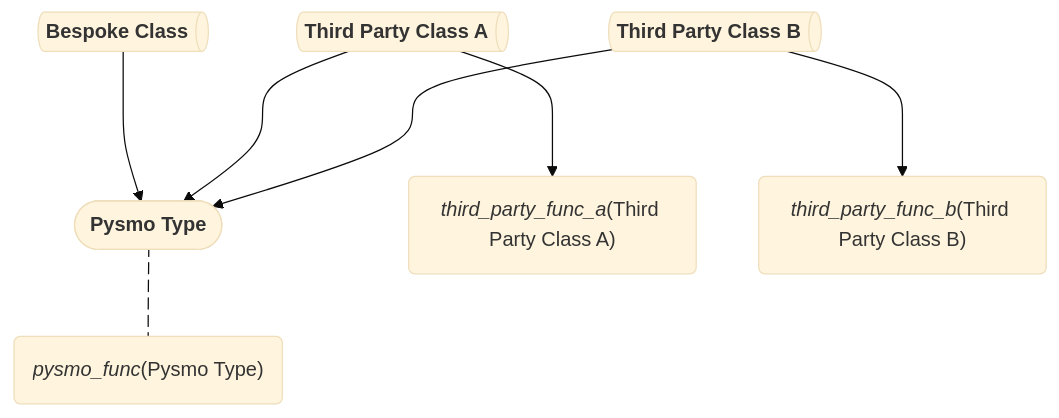
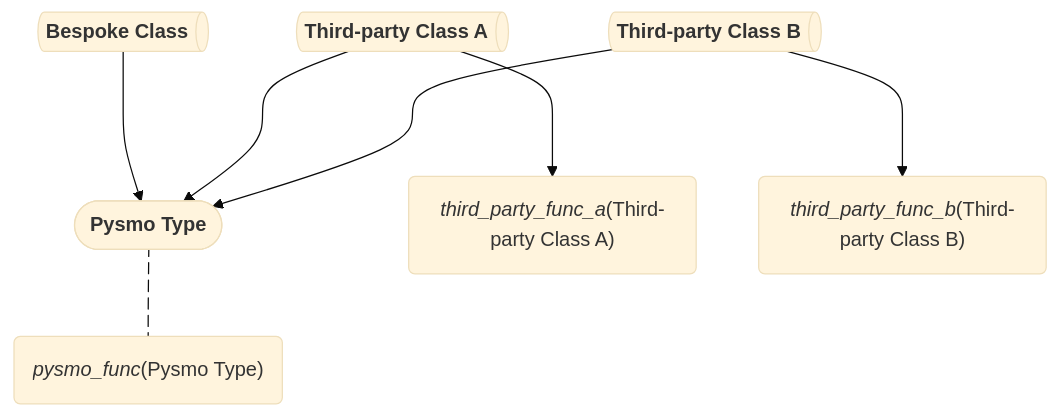
Before and after one commit to pysmo/pysmo: the diagram in docs/first-steps/faqs.md, drawn with Mermaid (base theme). The commit also changed other lines of this file and 33 other files, not shown here.

````diff
--- a/docs/first-steps/faqs.md
+++ b/docs/first-steps/faqs.md
@@ -36,14 +36,14 @@
 ```mermaid
 flowchart TD
     C1@{ shape: das, label: "**Bespoke Class**" }
-    C2@{ shape: das, label: "**Third Party Class A**" }
-    C3@{ shape: das, label: "**Third Party Class B**" }
+    C2@{ shape: das, label: "**Third-party Class A**" }
+    C3@{ shape: das, label: "**Third-party Class B**" }
     PT@{ shape: stadium, label: "**Pysmo Type**" }
-    C2 ---> TF1@{ shape: rounded, label: "*third_party_func_a*(Third Party Class A)" }
-    C3 ---> TF2@{ shape: rounded, label: "*third_party_func_b*(Third Party Class B)" }
+    C2 ---> TF1@{ shape: rounded, label: "*third_party_func_a*(Third-party Class A)" }
+    C3 ---> TF2@{ shape: rounded, label: "*third_party_func_b*(Third-party Class B)" }
     C1 ---> PT
     C2 ---> PT
     C3 ---> PT
     PT e1@--- PF@{ shape: rounded, label: "*pysmo_func*(Pysmo Type)" }
     e1@{ animate: true }
 ```
````
